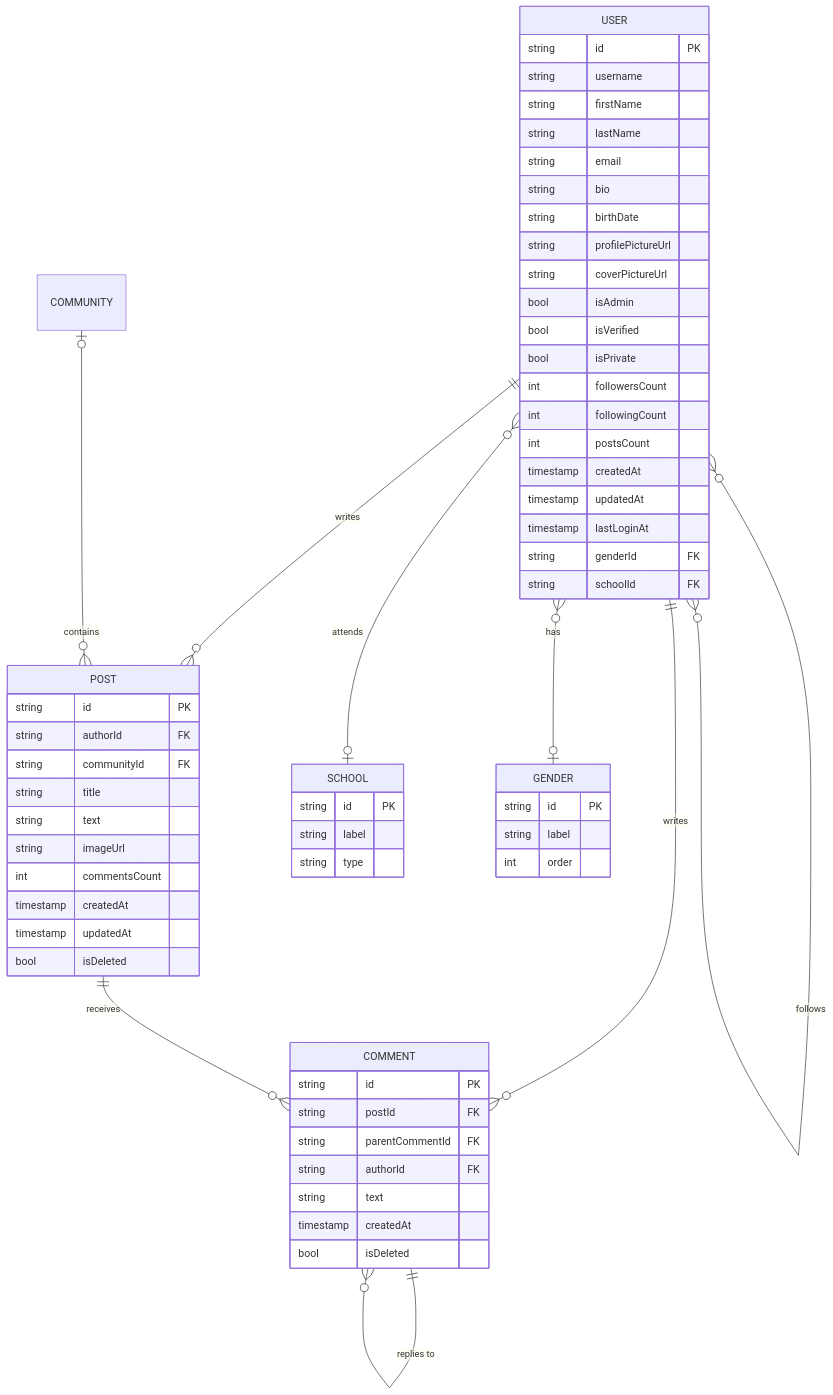
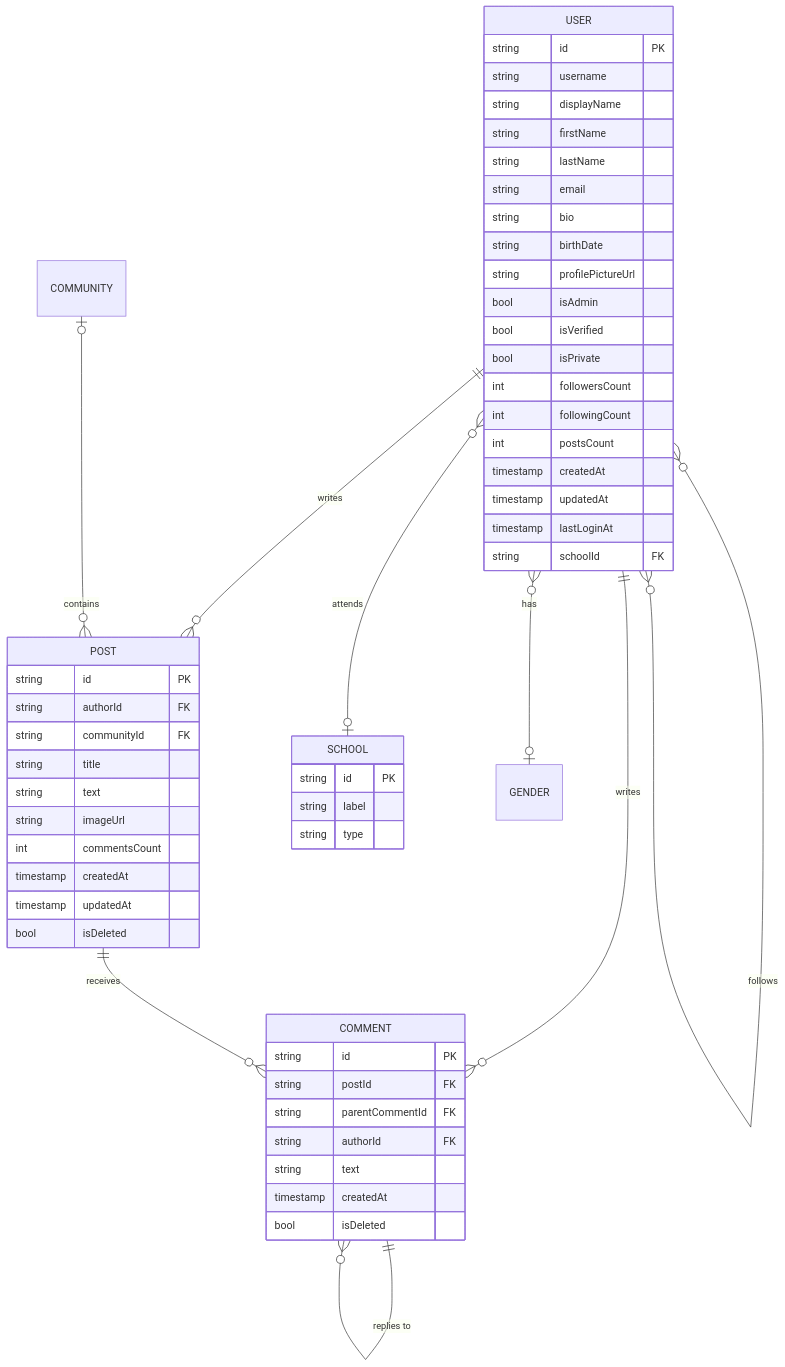
One commit to Same-school/SameAPI changed the diagram in MLD.md. Above: the diagram before and after it, drawn with Mermaid.

````diff
--- a/MLD.md
+++ b/MLD.md
@@ -5,65 +5,59 @@
 ```mermaid
 erDiagram
     USER ||--o{ POST : "writes"
     USER ||--o{ COMMENT : "writes"
     USER }o--o{ USER : "follows"
     USER }o--o| SCHOOL : "attends"
     USER }o--o| GENDER : "has"
     POST ||--o{ COMMENT : "receives"
     COMMENT ||--o{ COMMENT : "replies to"
     COMMUNITY |o--o{ POST : "contains"
 
     USER {
         string id PK
         string username
+        string displayName
         string firstName
         string lastName
         string email
         string bio
         string birthDate
         string profilePictureUrl
-        string coverPictureUrl
         bool isAdmin
         bool isVerified
         bool isPrivate
         int followersCount
         int followingCount
         int postsCount
         timestamp createdAt
         timestamp updatedAt
         timestamp lastLoginAt
-        string genderId FK
         string schoolId FK
     }
     POST {
         string id PK
         string authorId FK
         string communityId FK
         string title
         string text
         string imageUrl
         int commentsCount
         timestamp createdAt
         timestamp updatedAt
         bool isDeleted
     }
     COMMENT {
         string id PK
         string postId FK
         string parentCommentId FK
         string authorId FK
         string text
         timestamp createdAt
         bool isDeleted
     }
     SCHOOL {
         string id PK
         string label
         string type
     }
-    GENDER {
-        string id PK
-        string label
-        int order
-    }
 ```
````
